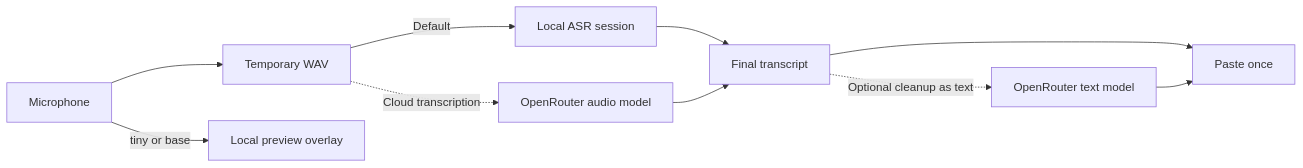
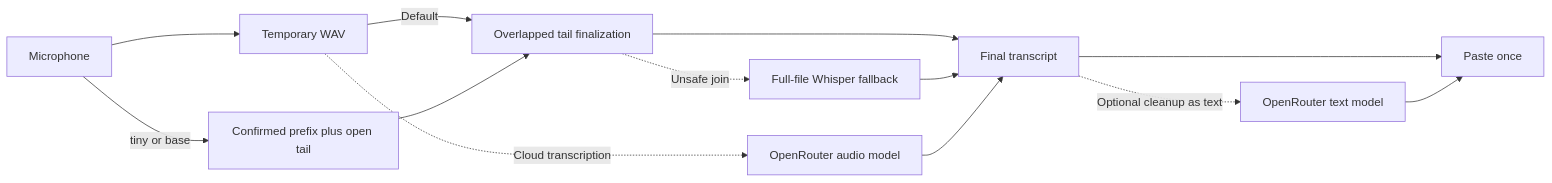
The second of 2 diagrams in README.md (adevol/VoiceCommander), drawn with Mermaid before and after one commit. The commit also changed other lines of this file, not shown here.

Commit message:
docs: explain preview-backed finalization

````diff
--- a/README.md
+++ b/README.md
@@ -63,12 +71,15 @@
 ```mermaid
 flowchart LR
     A[Microphone] --> B[Temporary WAV]
-    A -->|tiny or base| P[Local preview overlay]
-    B -->|Default| C[Local ASR session]
+    A -->|tiny or base| P[Confirmed prefix plus open tail]
+    B -->|Default| C[Overlapped tail finalization]
+    P --> C
+    C -. Unsafe join .-> H[Full-file Whisper fallback]
     B -. Cloud transcription .-> D[OpenRouter audio model]
     C --> E[Final transcript]
+    H --> E
     D --> E
     E --> F[Paste once]
     E -. Optional cleanup as text .-> G[OpenRouter text model]
     G --> F
 ```
````
